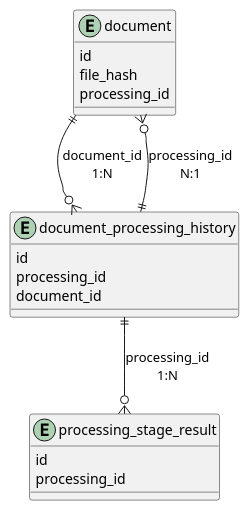
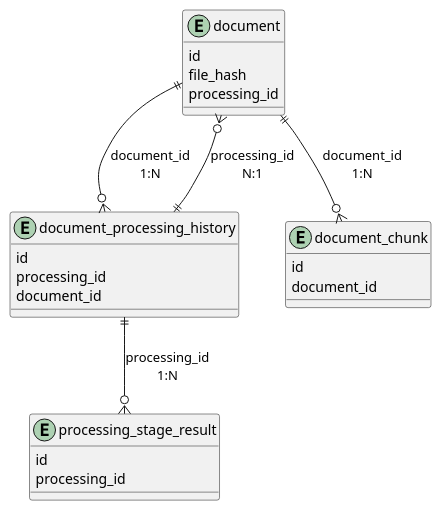
The first of 2 diagrams in DEG-文档管理.md (JazGung/knowlebase), drawn with PlantUML before and after one commit. The commit also changed other lines of this file, not shown here.

````diff
--- a/DEG-文档管理.md
+++ b/DEG-文档管理.md
@@ -112,24 +140,30 @@
 ```plantuml
 @startuml
 entity document {
     id
     file_hash
     processing_id
 }
 
 entity document_processing_history {
     id
     processing_id
     document_id
 }
 
 entity processing_stage_result {
     id
     processing_id
 }
 
+entity document_chunk {
+    id
+    document_id
+}
+
 document ||--o{ document_processing_history : "document_id\n1:N"
 document_processing_history ||--o{ processing_stage_result : "processing_id\n1:N"
 document }o--|| document_processing_history : "processing_id\nN:1"
+document ||--o{ document_chunk : "document_id\n1:N"
 @enduml
 ```
````
